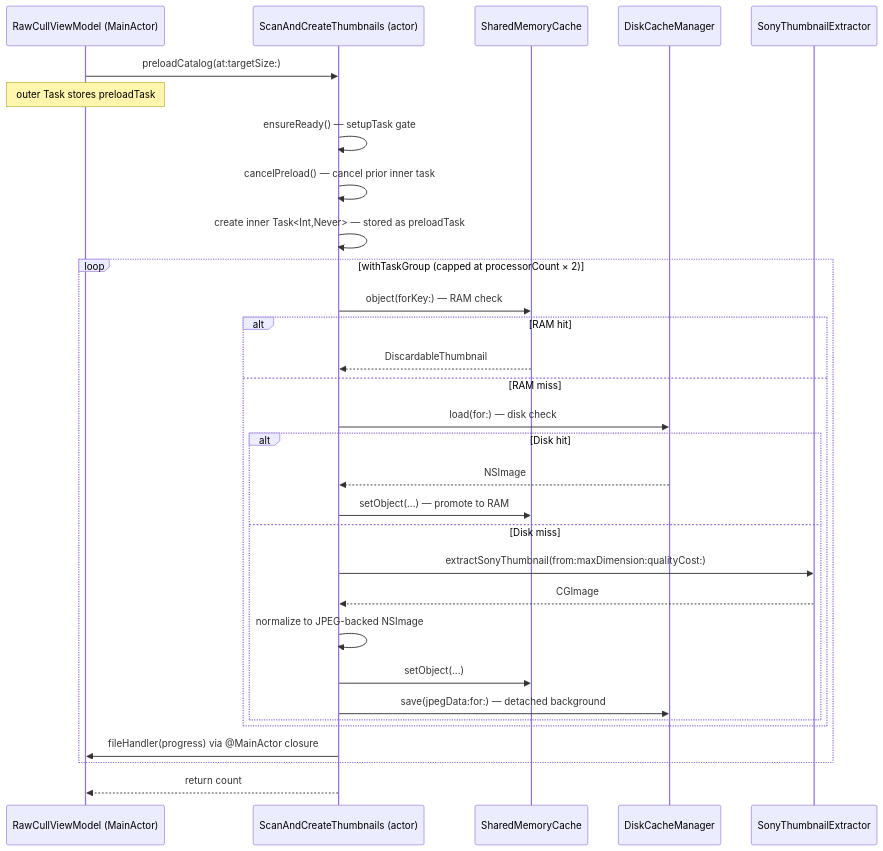
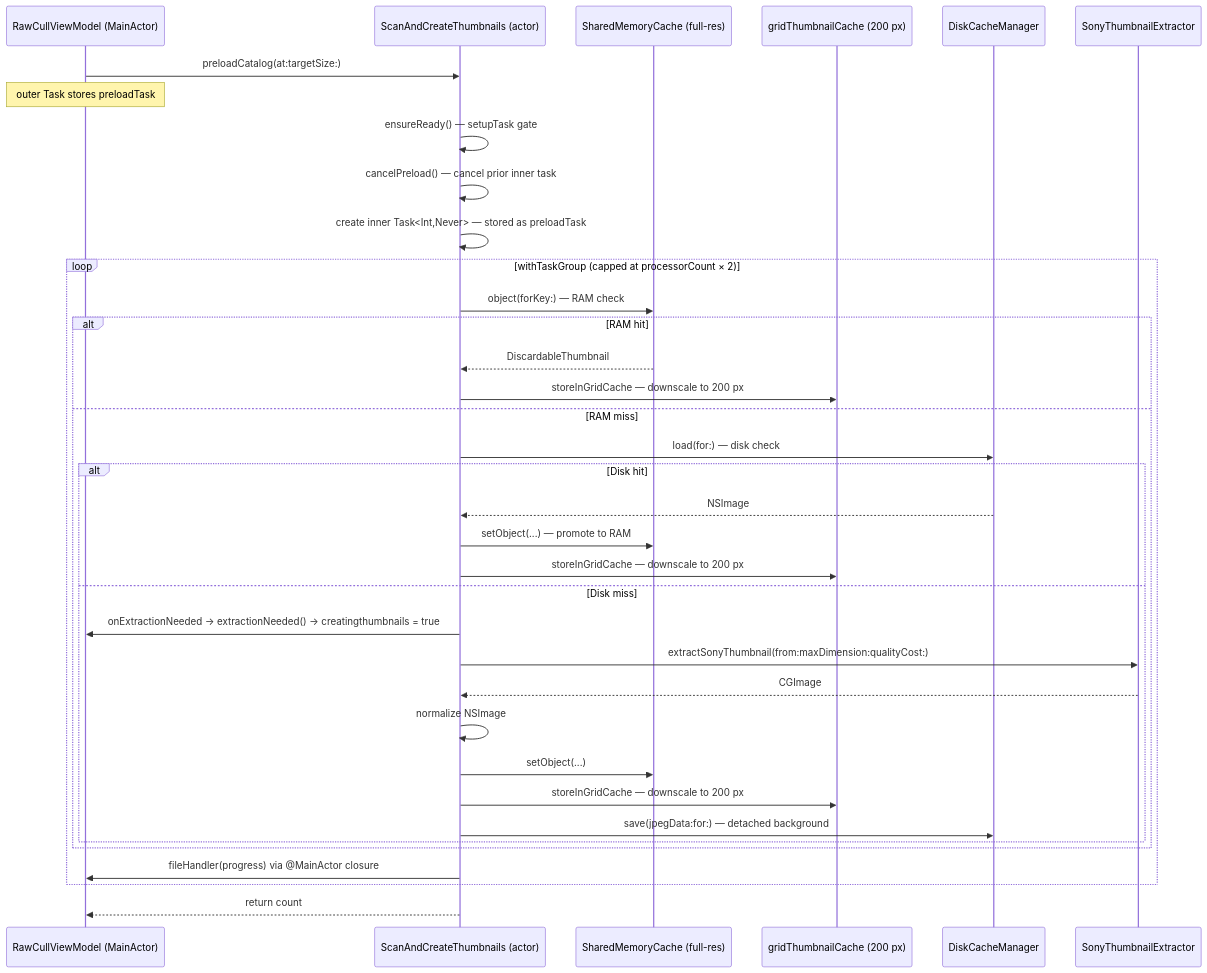
Before and after one commit to rsyncOSX/TechDocRawcull: the first of 2 diagrams in content/en/docs/concurrency.md, drawn with Mermaid. The commit also changed other lines of this file and 44 other files, not shown here.

````diff
--- a/content/en/docs/concurrency.md
+++ b/content/en/docs/concurrency.md
@@ -1192,34 +1226,39 @@
 ```mermaid
 sequenceDiagram
     participant VM as RawCullViewModel (MainActor)
     participant A as ScanAndCreateThumbnails (actor)
-    participant MC as SharedMemoryCache
+    participant MC as SharedMemoryCache (full-res)
+    participant GC as gridThumbnailCache (200 px)
     participant DC as DiskCacheManager
     participant EX as SonyThumbnailExtractor
 
     VM->>A: preloadCatalog(at:targetSize:)
     Note over VM: outer Task stores preloadTask
     A->>A: ensureReady() — setupTask gate
     A->>A: cancelPreload() — cancel prior inner task
     A->>A: create inner Task<Int,Never> — stored as preloadTask
     loop withTaskGroup (capped at processorCount × 2)
         A->>MC: object(forKey:) — RAM check
         alt RAM hit
             MC-->>A: DiscardableThumbnail
+            A->>GC: storeInGridCache — downscale to 200 px
         else RAM miss
             A->>DC: load(for:) — disk check
             alt Disk hit
                 DC-->>A: NSImage
                 A->>MC: setObject(...) — promote to RAM
+                A->>GC: storeInGridCache — downscale to 200 px
             else Disk miss
+                A->>VM: onExtractionNeeded → extractionNeeded() → creatingthumbnails = true
                 A->>EX: extractSonyThumbnail(from:maxDimension:qualityCost:)
                 EX-->>A: CGImage
-                A->>A: normalize to JPEG-backed NSImage
+                A->>A: normalize NSImage
                 A->>MC: setObject(...)
+                A->>GC: storeInGridCache — downscale to 200 px
                 A->>DC: save(jpegData:for:) — detached background
             end
         end
         A->>VM: fileHandler(progress) via @MainActor closure
     end
     A-->>VM: return count
 ```
````
